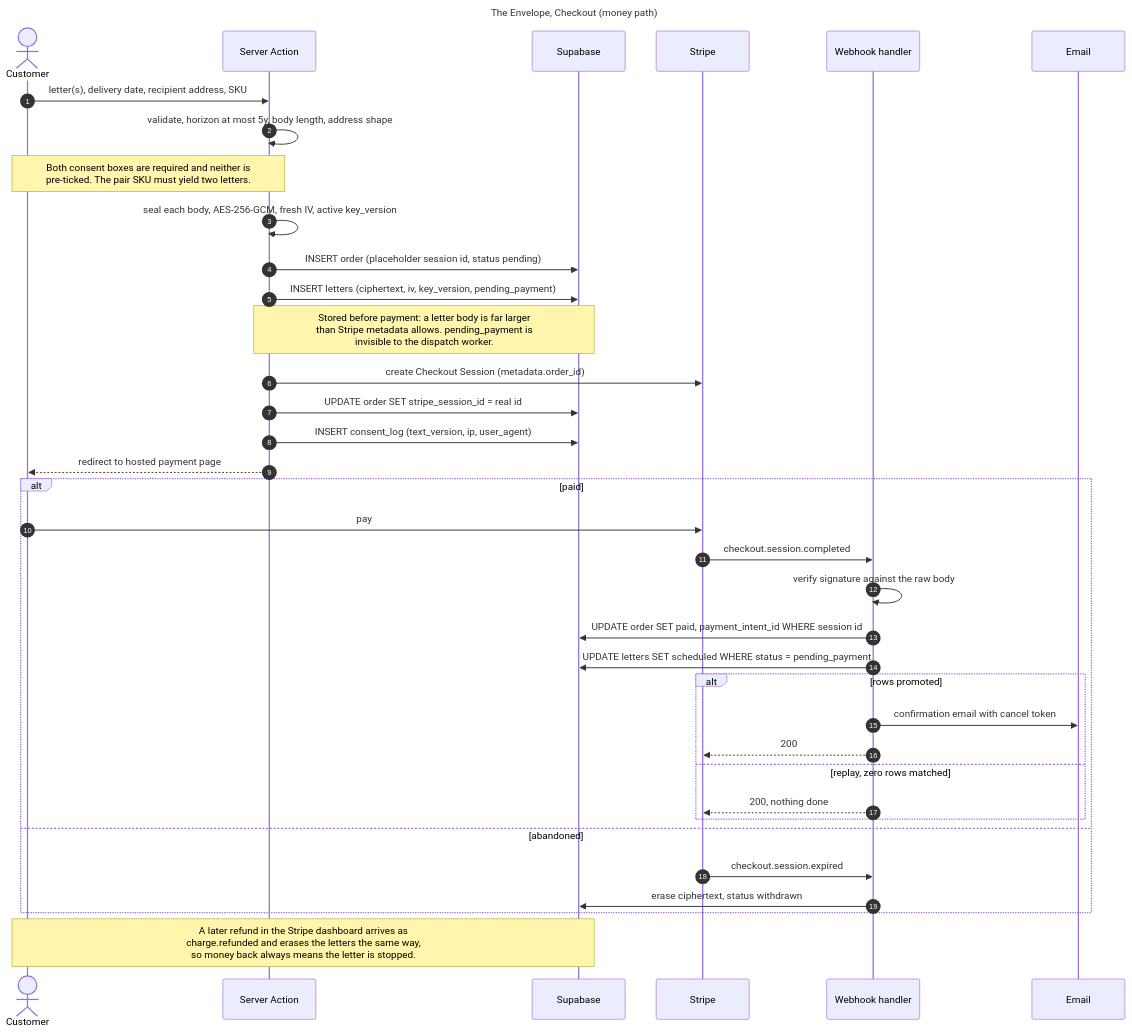
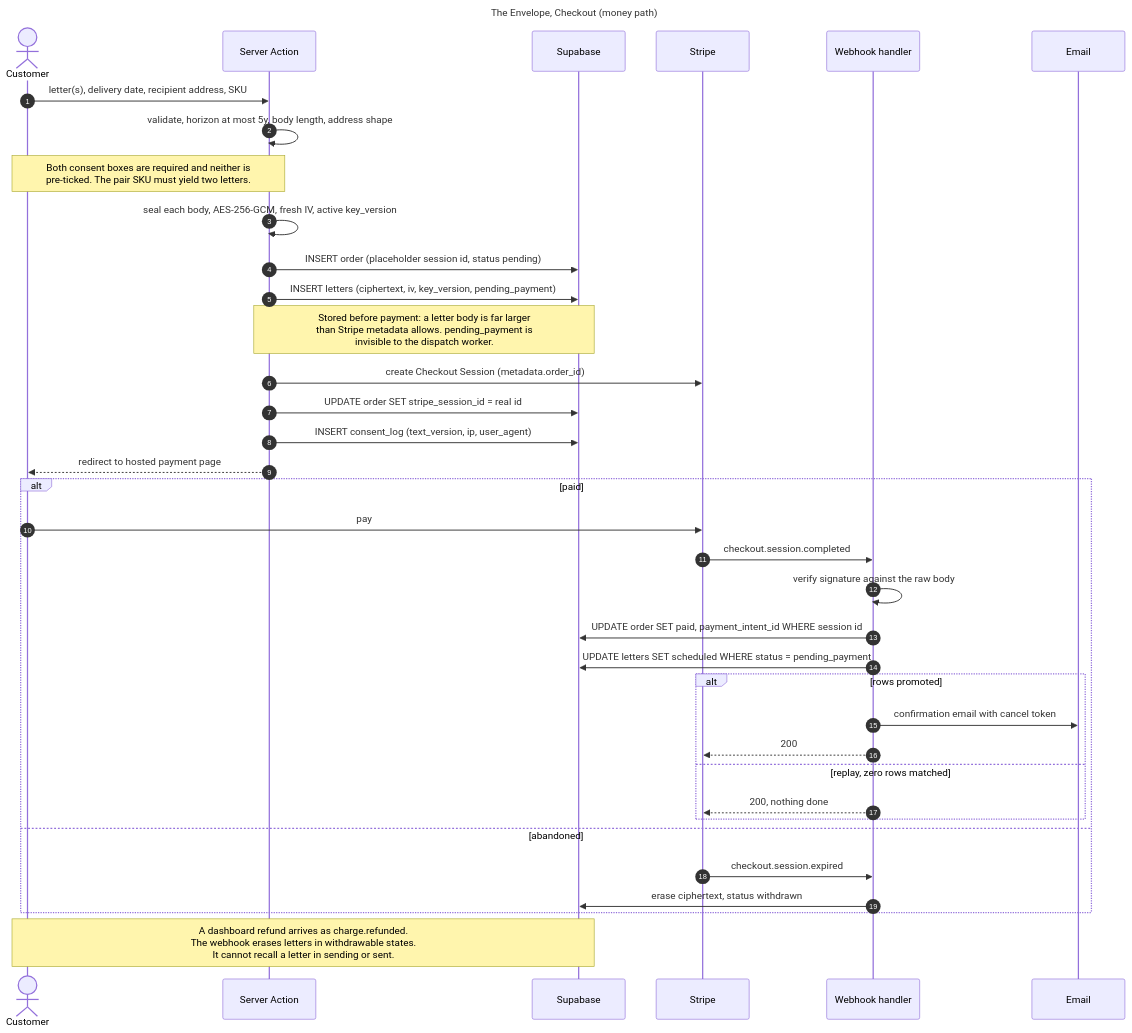
Before and after one commit to kandulanikhilvarma/the-envelope: the second of 3 diagrams in README.md, drawn with Mermaid. The commit also changed other lines of this file and 2 other files, not shown here.

First line of the commit message:
docs: clarify setup and letter operations

````diff
--- a/README.md
+++ b/README.md
@@ -167,46 +226,46 @@
 ```mermaid
 ---
 title: The Envelope, Checkout (money path)
 ---
 sequenceDiagram
     autonumber
     actor U as Customer
     participant A as Server Action
     participant DB as Supabase
     participant S as Stripe
     participant W as Webhook handler
     participant M as Email
 
     U->>A: letter(s), delivery date, recipient address, SKU
     A->>A: validate, horizon at most 5y, body length, address shape
     Note over A,U: Both consent boxes are required and neither is<br/>pre-ticked. The pair SKU must yield two letters.
 
     A->>A: seal each body, AES-256-GCM, fresh IV, active key_version
     A->>DB: INSERT order (placeholder session id, status pending)
     A->>DB: INSERT letters (ciphertext, iv, key_version, pending_payment)
     Note over A,DB: Stored before payment: a letter body is far larger<br/>than Stripe metadata allows. pending_payment is<br/>invisible to the dispatch worker.
 
     A->>S: create Checkout Session (metadata.order_id)
     A->>DB: UPDATE order SET stripe_session_id = real id
     A->>DB: INSERT consent_log (text_version, ip, user_agent)
     A-->>U: redirect to hosted payment page
 
     alt paid
         U->>S: pay
         S->>W: checkout.session.completed
         W->>W: verify signature against the raw body
         W->>DB: UPDATE order SET paid, payment_intent_id WHERE session id
         W->>DB: UPDATE letters SET scheduled WHERE status = pending_payment
         alt rows promoted
             W->>M: confirmation email with cancel token
             W-->>S: 200
         else replay, zero rows matched
             W-->>S: 200, nothing done
         end
     else abandoned
         S->>W: checkout.session.expired
         W->>DB: erase ciphertext, status withdrawn
     end
 
-    Note over U,DB: A later refund in the Stripe dashboard arrives as<br/>charge.refunded and erases the letters the same way,<br/>so money back always means the letter is stopped.
+    Note over U,DB: A dashboard refund arrives as charge.refunded.<br/>The webhook erases letters in withdrawable states.<br/>It cannot recall a letter in sending or sent.
 ```
````
